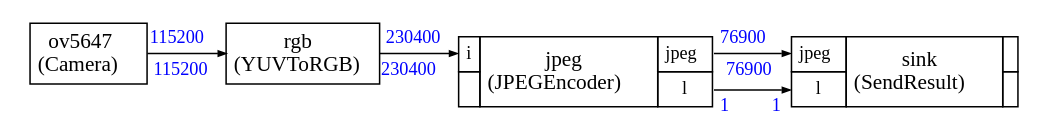
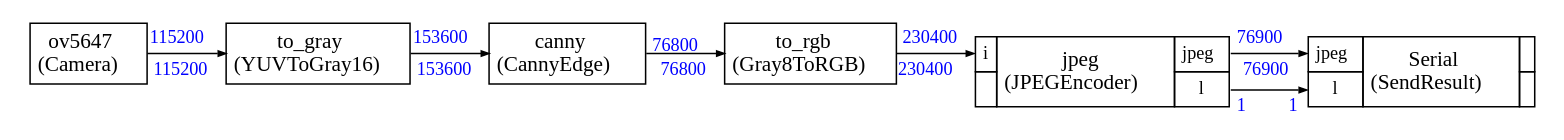
The diagram in EPII_CM55M_APP_S/app/scenario_app/cmsis_stream_app/pre_schedule_cv.dot (xavierbrgt/Seeed_Grove_Vision_AI_Module_V2), drawn with Graphviz before and after one commit. The commit also changed 755 other files, not shown here.

Commit message:
Added cmsis-dsp, cmsis-cv, canny edge ...

```diff
--- a/EPII_CM55M_APP_S/app/scenario_app/cmsis_stream_app/pre_schedule_cv.dot
+++ b/EPII_CM55M_APP_S/app/scenario_app/cmsis_stream_app/pre_schedule_cv.dot
@@ -1,86 +1,112 @@
 
 
 
 
 digraph structs {
     bgcolor = "white"
     node [shape=plaintext,color="black",fontcolor="black",fontname="Times-Roman"]
     rankdir=LR
     edge [arrowsize="0.5",color="black",fontcolor="black",fontname="Times-Roman"]
 
 
 
 ov5647 [label=<
 <TABLE color="black" bgcolor="none" BORDER="0" CELLBORDER="1" CELLSPACING="0" CELLPADDING="4">
   <TR>
     <TD ALIGN="CENTER" PORT="i"><FONT COLOR="black" POINT-SIZE="14.0">ov5647<BR/>(Camera)</FONT></TD>
   </TR>
 </TABLE>>];
 
-rgb [label=<
+to_gray [label=<
 <TABLE color="black" bgcolor="none" BORDER="0" CELLBORDER="1" CELLSPACING="0" CELLPADDING="4">
   <TR>
-    <TD ALIGN="CENTER" PORT="i"><FONT COLOR="black" POINT-SIZE="14.0">rgb<BR/>(YUVToRGB)</FONT></TD>
+    <TD ALIGN="CENTER" PORT="i"><FONT COLOR="black" POINT-SIZE="14.0">to_gray<BR/>(YUVToGray16)</FONT></TD>
+  </TR>
+</TABLE>>];
+
+canny [label=<
+<TABLE color="black" bgcolor="none" BORDER="0" CELLBORDER="1" CELLSPACING="0" CELLPADDING="4">
+  <TR>
+    <TD ALIGN="CENTER" PORT="i"><FONT COLOR="black" POINT-SIZE="14.0">canny<BR/>(CannyEdge)</FONT></TD>
+  </TR>
+</TABLE>>];
+
+to_rgb [label=<
+<TABLE color="black" bgcolor="none" BORDER="0" CELLBORDER="1" CELLSPACING="0" CELLPADDING="4">
+  <TR>
+    <TD ALIGN="CENTER" PORT="i"><FONT COLOR="black" POINT-SIZE="14.0">to_rgb<BR/>(Gray8ToRGB)</FONT></TD>
   </TR>
 </TABLE>>];
 
 
 jpeg [label=<
 <TABLE color="black" bgcolor="none" BORDER="0" CELLBORDER="1" CELLSPACING="0" CELLPADDING="4">
   <TR>
     <TD PORT="i"><FONT POINT-SIZE="12.0" COLOR="black">i</FONT></TD>
     <TD ALIGN="CENTER" ROWSPAN="2"><FONT COLOR="black" POINT-SIZE="14.0">jpeg<BR/>(JPEGEncoder)</FONT></TD>
     <TD PORT="jpeg"><FONT POINT-SIZE="12.0" COLOR="black">jpeg</FONT></TD>
   </TR>
 <TR>
  
 <TD></TD>
 <TD PORT="l"><FONT POINT-SIZE="12.0" COLOR="black">l</FONT></TD>
 </TR>
 
 </TABLE>>];
 
 
-sink [label=<
+Serial [label=<
 <TABLE color="black" bgcolor="none" BORDER="0" CELLBORDER="1" CELLSPACING="0" CELLPADDING="4">
   <TR>
     <TD PORT="jpeg"><FONT POINT-SIZE="12.0" COLOR="black">jpeg</FONT></TD>
-    <TD ALIGN="CENTER" ROWSPAN="2"><FONT COLOR="black" POINT-SIZE="14.0">sink<BR/>(SendResult)</FONT></TD>
+    <TD ALIGN="CENTER" ROWSPAN="2"><FONT COLOR="black" POINT-SIZE="14.0">Serial<BR/>(SendResult)</FONT></TD>
     <TD></TD>
   </TR>
 <TR>
 <TD PORT="l"><FONT POINT-SIZE="12.0" COLOR="black">l</FONT></TD>
 
  
 <TD></TD></TR>
 
 </TABLE>>];
 
 
 
-ov5647:i -> rgb:i [style="solid",color="black",label=""
+ov5647:i -> to_gray:i [style="solid",color="black",label=""
 ,headlabel=<<TABLE BORDER="0" CELLPADDING="2"><TR><TD><FONT COLOR="blue" POINT-SIZE="12.0" >115200</FONT>
 </TD></TR></TABLE>>
 ,taillabel=<<TABLE BORDER="0" CELLPADDING="2"><TR><TD><FONT COLOR="blue" POINT-SIZE="12.0" >115200</FONT>
 </TD></TR></TABLE>>]
 
-rgb:i -> jpeg:i [style="solid",color="black",label=""
+to_gray:i -> canny:i [style="solid",color="black",label=""
+,headlabel=<<TABLE BORDER="0" CELLPADDING="2"><TR><TD><FONT COLOR="blue" POINT-SIZE="12.0" >153600</FONT>
+</TD></TR></TABLE>>
+,taillabel=<<TABLE BORDER="0" CELLPADDING="2"><TR><TD><FONT COLOR="blue" POINT-SIZE="12.0" >153600</FONT>
+</TD></TR></TABLE>>]
+
+canny:i -> to_rgb:i [style="solid",color="black",label=""
+,headlabel=<<TABLE BORDER="0" CELLPADDING="2"><TR><TD><FONT COLOR="blue" POINT-SIZE="12.0" >76800</FONT>
+</TD></TR></TABLE>>
+,taillabel=<<TABLE BORDER="0" CELLPADDING="2"><TR><TD><FONT COLOR="blue" POINT-SIZE="12.0" >76800</FONT>
+</TD></TR></TABLE>>]
+
+to_rgb:i -> jpeg:i [style="solid",color="black",label=""
 ,headlabel=<<TABLE BORDER="0" CELLPADDING="2"><TR><TD><FONT COLOR="blue" POINT-SIZE="12.0" >230400</FONT>
 </TD></TR></TABLE>>
 ,taillabel=<<TABLE BORDER="0" CELLPADDING="2"><TR><TD><FONT COLOR="blue" POINT-SIZE="12.0" >230400</FONT>
 </TD></TR></TABLE>>]
 
-jpeg:jpeg -> sink:jpeg [style="solid",color="black",label=""
+jpeg:jpeg -> Serial:jpeg [style="solid",color="black",label=""
 ,headlabel=<<TABLE BORDER="0" CELLPADDING="2"><TR><TD><FONT COLOR="blue" POINT-SIZE="12.0" >76900</FONT>
 </TD></TR></TABLE>>
 ,taillabel=<<TABLE BORDER="0" CELLPADDING="2"><TR><TD><FONT COLOR="blue" POINT-SIZE="12.0" >76900</FONT>
 </TD></TR></TABLE>>]
 
-jpeg:l -> sink:l [style="solid",color="black",label=""
+jpeg:l -> Serial:l [style="solid",color="black",label=""
 ,headlabel=<<TABLE BORDER="0" CELLPADDING="2"><TR><TD><FONT COLOR="blue" POINT-SIZE="12.0" >1</FONT>
 </TD></TR></TABLE>>
 ,taillabel=<<TABLE BORDER="0" CELLPADDING="2"><TR><TD><FONT COLOR="blue" POINT-SIZE="12.0" >1</FONT>
 </TD></TR></TABLE>>]
 
 
 }
```
